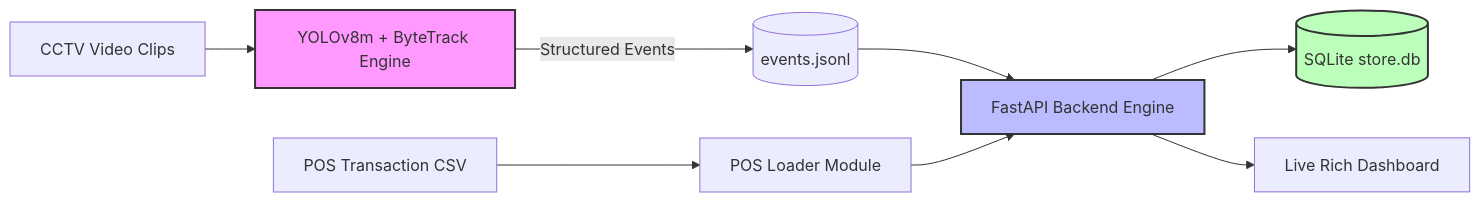
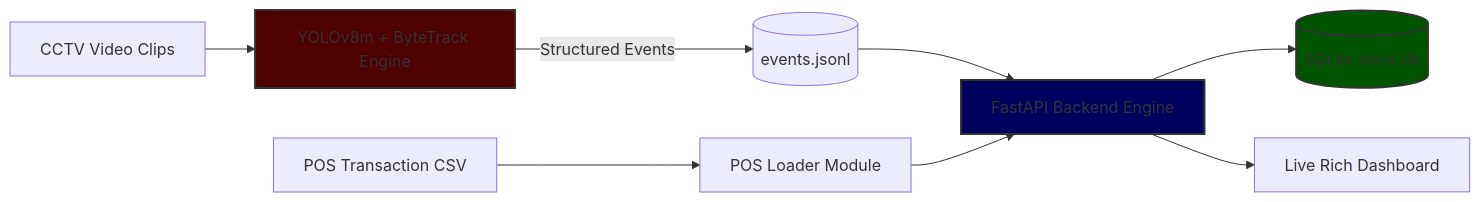
Before and after one commit to shubham1065/store-intelligence: the diagram in README.md, drawn with Mermaid. The commit also changed other lines of this file and 2 other files, not shown here.

Commit message:
docs: finalize system architecture, design choices, and evaluation metrics

````diff
--- a/README.md
+++ b/README.md
@@ -125,19 +125,19 @@
 ```mermaid
 graph LR
     %% Data Sources
     Clips[CCTV Video Clips] --> Vision[YOLOv8m + ByteTrack Engine]
     POS[POS Transaction CSV] --> Ingest[POS Loader Module]
 
     %% Pipeline Processing
     Vision -->|Structured Events| JSONL[(events.jsonl)]
     JSONL --> API[FastAPI Backend Engine]
     Ingest --> API
 
     %% Storage & Access
     API --> DB[(SQLite store.db)]
     API --> Dash[Live Rich Dashboard]
 
-    style Vision fill:#f9f,stroke:#333,stroke-width:2px
-    style API fill:#bbf,stroke:#333,stroke-width:2px
-    style DB fill:#bfb,stroke:#333,stroke-width:2px
+    style Vision fill:#4d0101,stroke:#333,stroke-width:2px
+    style API fill:#00005e,stroke:#333,stroke-width:2px
+    style DB fill:#005400,stroke:#333,stroke-width:2px
 ```
````
